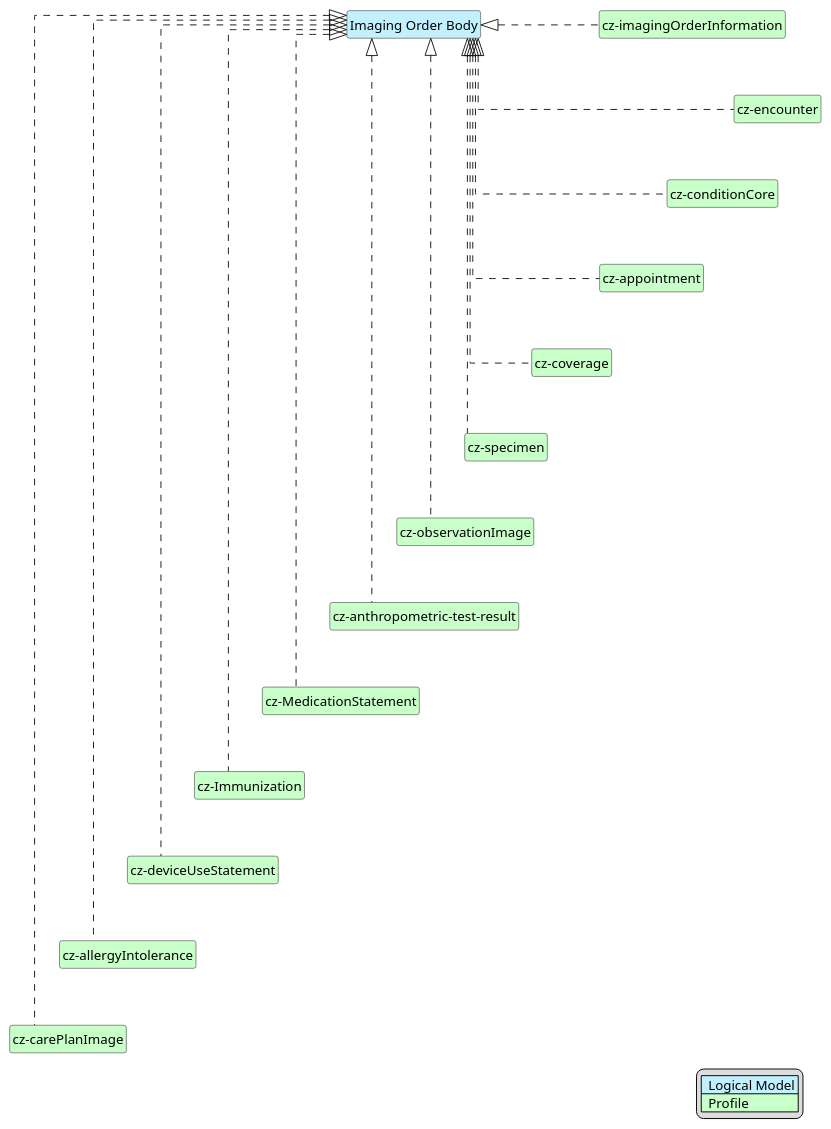
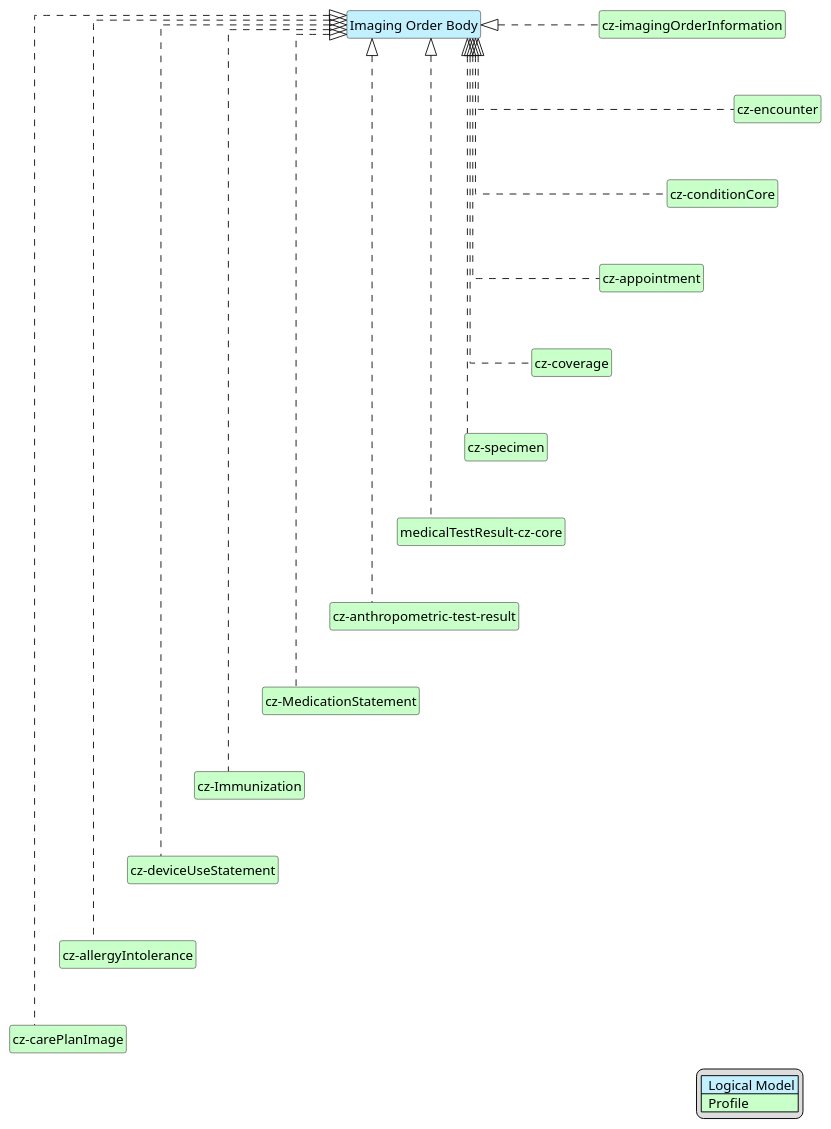
The diagram in input/images-source/imgOrderBody-map.plantuml (HL7-cz/img-order), drawn with PlantUML before and after one commit. The commit also changed 25 other files, not shown here.

```diff
--- a/input/images-source/imgOrderBody-map.plantuml
+++ b/input/images-source/imgOrderBody-map.plantuml
@@ -1,58 +1,58 @@
 @startuml
 hide circle
 hide stereotype
 hide members
 hide methods
 skinparam linetype ortho
 skinparam class {
 BackgroundColor<<LogicalModel>> #APPLICATION
 BackgroundColor<<Profile>> #TECHNOLOGY
 }
 legend right
 | <#APPLICATION>  Logical Model |
 | <#TECHNOLOGY>  Profile |
 endlegend
 class "Imaging Order Body" <<LogicalModel>> [[StructureDefinition-BodyImageOrderCz.html]]
 
 class "cz-imagingOrderInformation" <<Profile>> [[StructureDefinition-cz-imagingOrderInformation.html]]
 class "cz-conditionCore" <<Profile>> [[https://hl7.cz/fhir/core/StructureDefinition-condition-cz-core.html]]
 class "cz-encounter" <<Profile>> [[https://hl7.cz/fhir/core/StructureDefinition-cz-encounter.html]]
 class "cz-coverage" <<Profile>> [[https://hl7.cz/fhir/core/StructureDefinition-cz-coverage.html]]
 class "cz-appointment" <<Profile>> [[https://hl7.cz/fhir/core/StructureDefinition-appointment-cz-core.html]]
 class "cz-specimen" <<Profile>> [[https://hl7.cz/fhir/core/StructureDefinition-cz-specimen.html]]
-class "cz-observationImage" <<Profile>> [[StructureDefinition-cz-observationImage.html]]
+class "medicalTestResult-cz-core" <<Profile>> [[https://hl7.cz/fhir/core/StructureDefinition-medicalTestResult-cz-core.html]]
 class "cz-anthropometric-test-result" <<Profile>> [[StructureDefinition-cz-anthropometric-test-result.html]]
 class "cz-MedicationStatement" <<Profile>> [[https://hl7.cz/fhir/core/StructureDefinition-medicationStatement-cz-core.html]]
 class "cz-Immunization" <<Profile>> [[https://hl7.cz/fhir/core/StructureDefinition-immunization-cz-core.html]]
 class "cz-deviceUseStatement" <<Profile>> [[StructureDefinition-cz-deviceUseStatement.html]]
 class "cz-allergyIntolerance" <<Profile>> [[https://hl7.cz/fhir/core/StructureDefinition-allergyIntolerance-cz-core.html]]
 class "cz-carePlanImage" <<Profile>> [[https://hl7.cz/fhir/core/StructureDefinition-carePlan-cz-core.html]]
 
 "Imaging Order Body" <|. "cz-imagingOrderInformation"
 "Imaging Order Body" <|. "cz-appointment"
 "Imaging Order Body" <|. "cz-coverage"
 "Imaging Order Body" <|. "cz-conditionCore"
 "Imaging Order Body" <|. "cz-encounter"
 "Imaging Order Body" <|. "cz-specimen"
-"Imaging Order Body" <|. "cz-observationImage"
+"Imaging Order Body" <|. "medicalTestResult-cz-core"
 "Imaging Order Body" <|. "cz-anthropometric-test-result"
 "Imaging Order Body" <|. "cz-MedicationStatement"
 "Imaging Order Body" <|. "cz-Immunization"
 "Imaging Order Body" <|. "cz-deviceUseStatement"
 "Imaging Order Body" <|. "cz-allergyIntolerance"
 "Imaging Order Body" <|. "cz-carePlanImage"
 
 "cz-imagingOrderInformation" -d[hidden]-> "cz-encounter"
 "cz-encounter" -d[hidden]-> "cz-conditionCore"
 "cz-conditionCore" -d[hidden]-> "cz-appointment"
 "cz-appointment" -d[hidden]-> "cz-coverage"
 "cz-coverage" -d[hidden]-> "cz-specimen"
-"cz-specimen" -d[hidden]-> "cz-observationImage"
-"cz-observationImage" -d[hidden]-> "cz-anthropometric-test-result"
+"cz-specimen" -d[hidden]-> "medicalTestResult-cz-core"
+"medicalTestResult-cz-core" -d[hidden]-> "cz-anthropometric-test-result"
 "cz-anthropometric-test-result" -d[hidden]-> "cz-MedicationStatement"
 "cz-MedicationStatement" -d[hidden]-> "cz-Immunization"
 "cz-Immunization" -d[hidden]-> "cz-deviceUseStatement"
 "cz-deviceUseStatement" -d[hidden]-> "cz-allergyIntolerance"
 "cz-allergyIntolerance" -d[hidden]-> "cz-carePlanImage"
 
 @enduml
```
